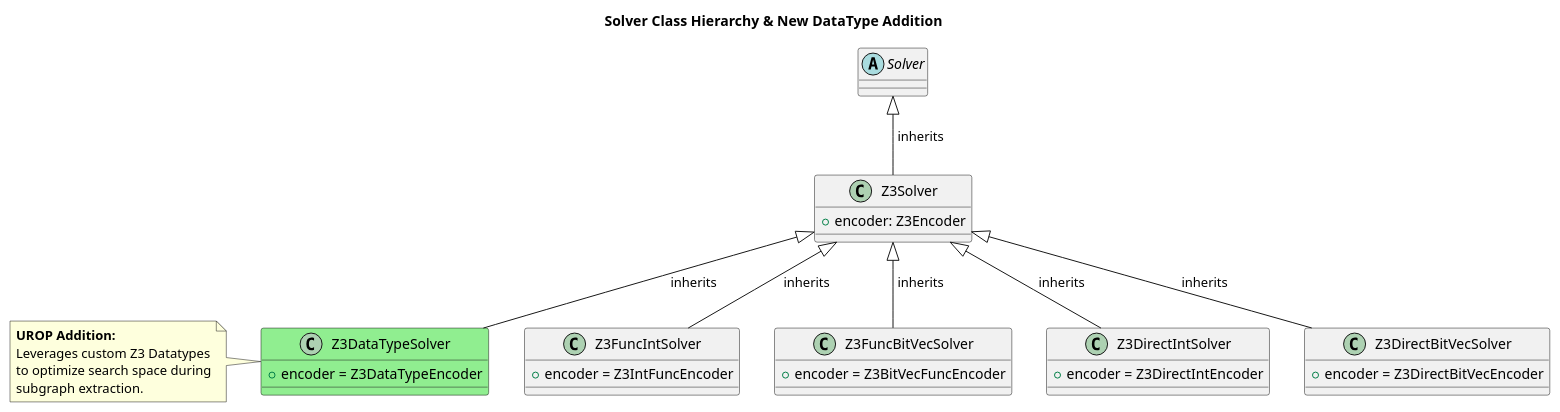
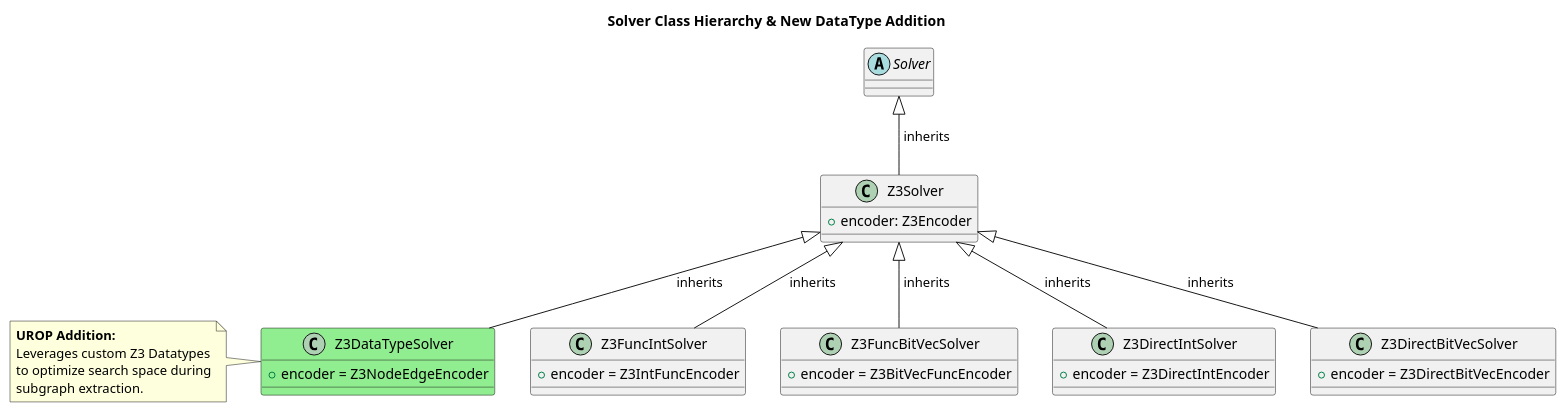
One commit to LP-RG/subxpat changed the diagram in sxpat/docs/datatype_encoder/solver_architecture.puml. Above: the diagram before and after it, drawn with PlantUML. The commit also changed 2 other files, not shown here.

```diff
--- a/sxpat/docs/datatype_encoder/solver_architecture.puml
+++ b/sxpat/docs/datatype_encoder/solver_architecture.puml
@@ -1,51 +1,51 @@
 @startuml SubXPAT_Solver_Architecture
 
 title Solver Class Hierarchy & New DataType Addition
 
 ' Abstract Superclass
 abstract class Solver {
 }
 
 ' Base Z3 Manager Class
 class Z3Solver {
   + encoder: Z3Encoder
 }
 
 ' Existing Leaf Solvers
 class Z3FuncIntSolver {
   + encoder = Z3IntFuncEncoder
 }
 
 class Z3FuncBitVecSolver {
   + encoder = Z3BitVecFuncEncoder
 }
 
 class Z3DirectIntSolver {
   + encoder = Z3DirectIntEncoder
 }
 
 class Z3DirectBitVecSolver {
   + encoder = Z3DirectBitVecEncoder
 }
 
 ' UROP Addition:
 class Z3DataTypeSolver #LightGreen {
-  + encoder = Z3DataTypeEncoder
+  + encoder = Z3NodeEdgeEncoder
 }
 
 ' Relationships
 Solver <|-- Z3Solver : " inherits"
 Z3Solver <|-- Z3FuncIntSolver : " inherits"
 Z3Solver <|-- Z3FuncBitVecSolver : " inherits"
 Z3Solver <|-- Z3DirectIntSolver : " inherits"
 Z3Solver <|-- Z3DirectBitVecSolver : " inherits"
 Z3Solver <|-- Z3DataTypeSolver : " inherits"
 
 note left of Z3DataTypeSolver
   <b>UROP Addition:</b>
   Leverages custom Z3 Datatypes
   to optimize search space during
   subgraph extraction.
 end note
 
 @enduml
```
